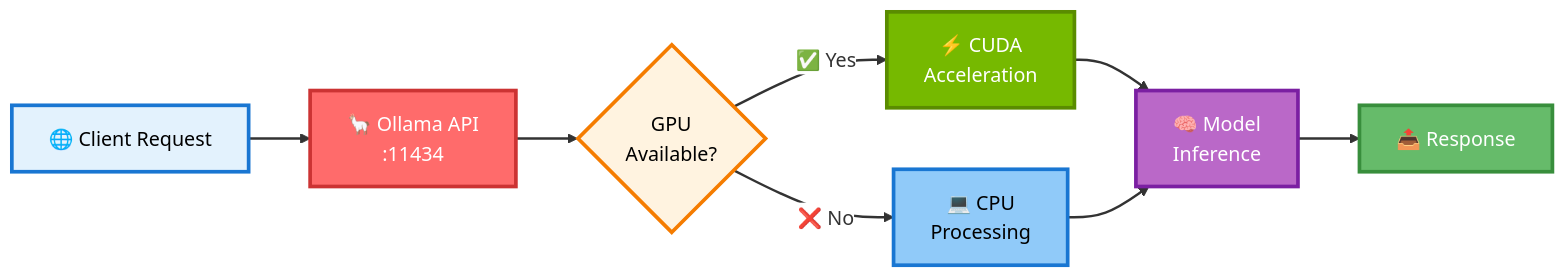
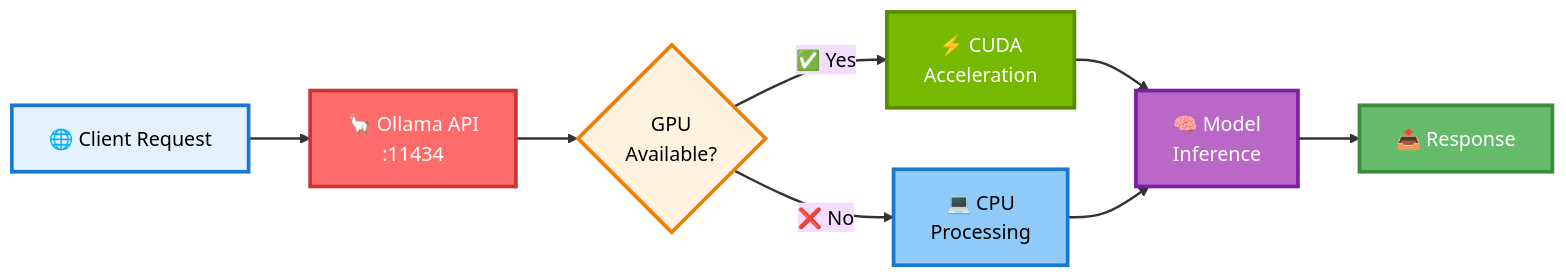
Before and after one commit to MPFabio/Stack-IA: the second of 14 diagrams in docs/ARCHITECTURE.md, drawn with Mermaid. The commit also changed other lines of this file, not shown here.

First line of the commit message:
feat(docs): Fonds colorés sur TOUS les diagrammes

````diff
--- a/docs/ARCHITECTURE.md
+++ b/docs/ARCHITECTURE.md
@@ -120,21 +120,21 @@
 ```mermaid
-%%{init: {'theme':'base', 'themeVariables': { 'fontSize':'16px', 'lineColor':'#333', 'primaryColor':'#fff', 'primaryBorderColor':'#333'}}}%%
+%%{init: {'theme':'base', 'themeVariables': {'background':'#ffe0b2','mainBkg':'#ffe0b2','primaryTextColor':'#000','secondaryTextColor':'#000','tertiaryTextColor':'#000','lineColor':'#000','textColor':'#000'}}}%%
 graph LR
     A["🌐 Client Request"] --> B["🦙 Ollama API<br/>:11434"]
     B --> C{"GPU<br/>Available?"}
     C -->|"✅ Yes"| D["⚡ CUDA<br/>Acceleration"]
     C -->|"❌ No"| E["💻 CPU<br/>Processing"]
     D --> F["🧠 Model<br/>Inference"]
     E --> F
     F --> G["📤 Response"]
     
     style A fill:#e3f2fd,stroke:#1976d2,stroke-width:3px,color:#000
     style B fill:#ff6b6b,stroke:#cc3333,stroke-width:3px,color:#fff
     style C fill:#fff3e0,stroke:#f57c00,stroke-width:3px,color:#000
     style D fill:#76b900,stroke:#5a8c00,stroke-width:3px,color:#fff
     style E fill:#90caf9,stroke:#1976d2,stroke-width:3px,color:#000
     style F fill:#ba68c8,stroke:#7b1fa2,stroke-width:3px,color:#fff
     style G fill:#66bb6a,stroke:#388e3c,stroke-width:3px,color:#fff
     
     linkStyle default stroke:#333,stroke-width:2px
 ```
````
